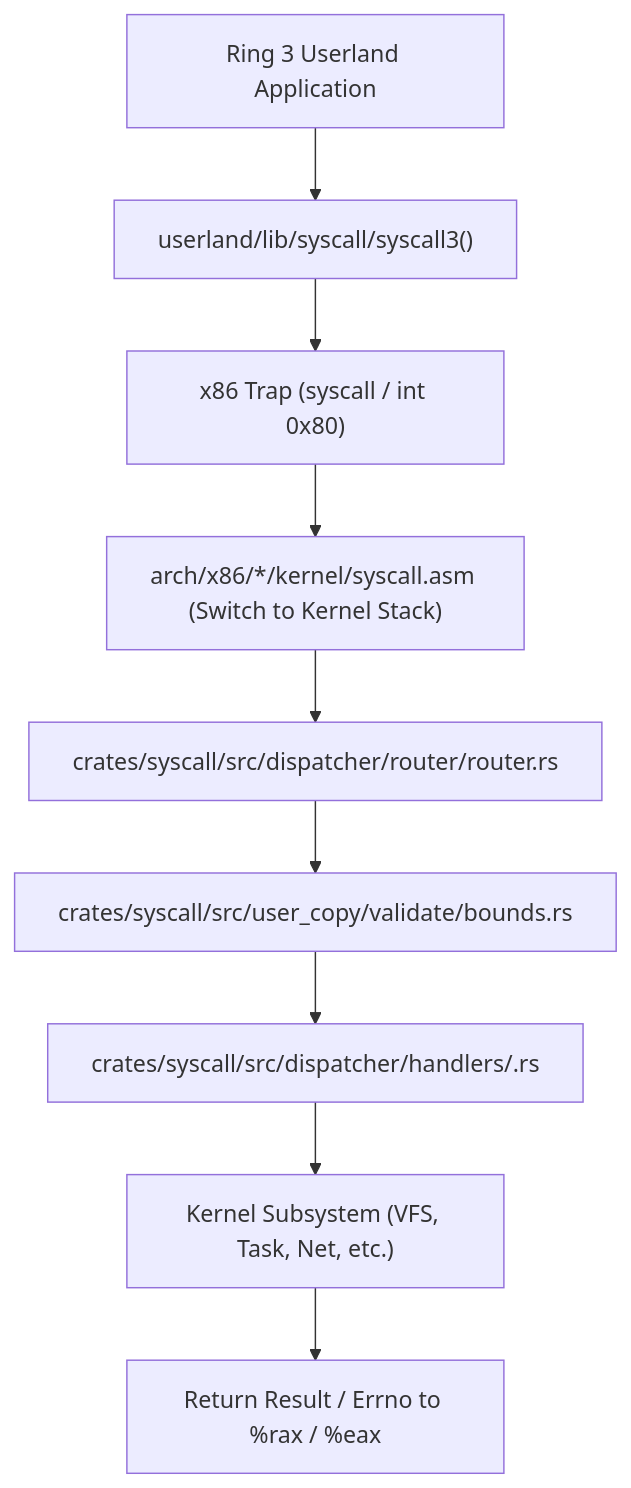
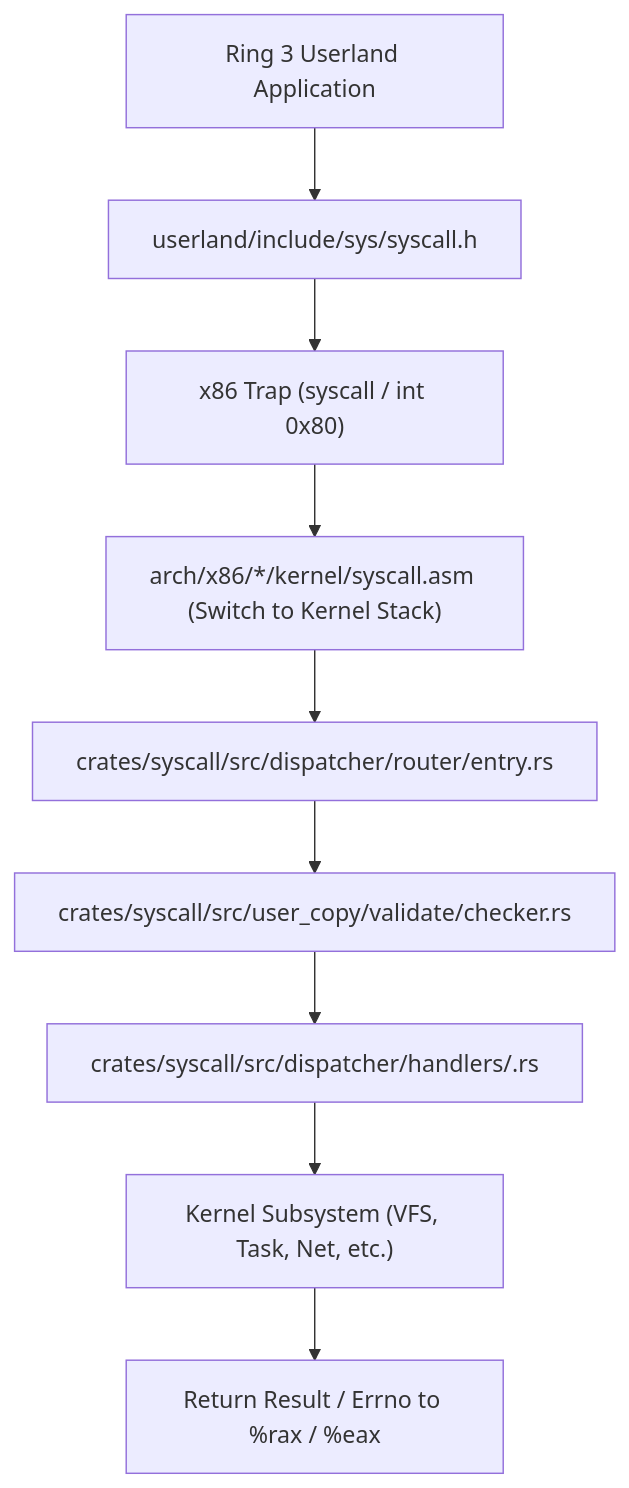
Before and after one commit to mrvlous/keira: the diagram in docs/contributing/tutorials/adding_syscalls.md, drawn with Mermaid. The commit also changed other lines of this file, not shown here.

Commit message:
docs(syscall): synchronize syscall tutorial with system handlers and user copy

````diff
--- a/docs/contributing/tutorials/adding_syscalls.md
+++ b/docs/contributing/tutorials/adding_syscalls.md
@@ -15,11 +15,11 @@
 ```mermaid
 graph TD
-    App["Ring 3 Userland Application"] --> LibC["userland/lib/syscall/syscall3()"]
+    App["Ring 3 Userland Application"] --> LibC["userland/include/sys/syscall.h"]
     LibC --> Trap["x86 Trap (syscall / int 0x80)"]
     Trap --> LowLevelASM["arch/x86/*/kernel/syscall.asm (Switch to Kernel Stack)"]
-    LowLevelASM --> Router["crates/syscall/src/dispatcher/router/router.rs"]
-    Router --> BoundsCheck["crates/syscall/src/user_copy/validate/bounds.rs"]
+    LowLevelASM --> Router["crates/syscall/src/dispatcher/router/entry.rs"]
+    Router --> BoundsCheck["crates/syscall/src/user_copy/validate/checker.rs"]
     BoundsCheck --> Handler["crates/syscall/src/dispatcher/handlers/<subsystem>.rs"]
     Handler --> KernelSubsystem["Kernel Subsystem (VFS, Task, Net, etc.)"]
     KernelSubsystem --> Ret["Return Result / Errno to %rax / %eax"]
 ```
````
